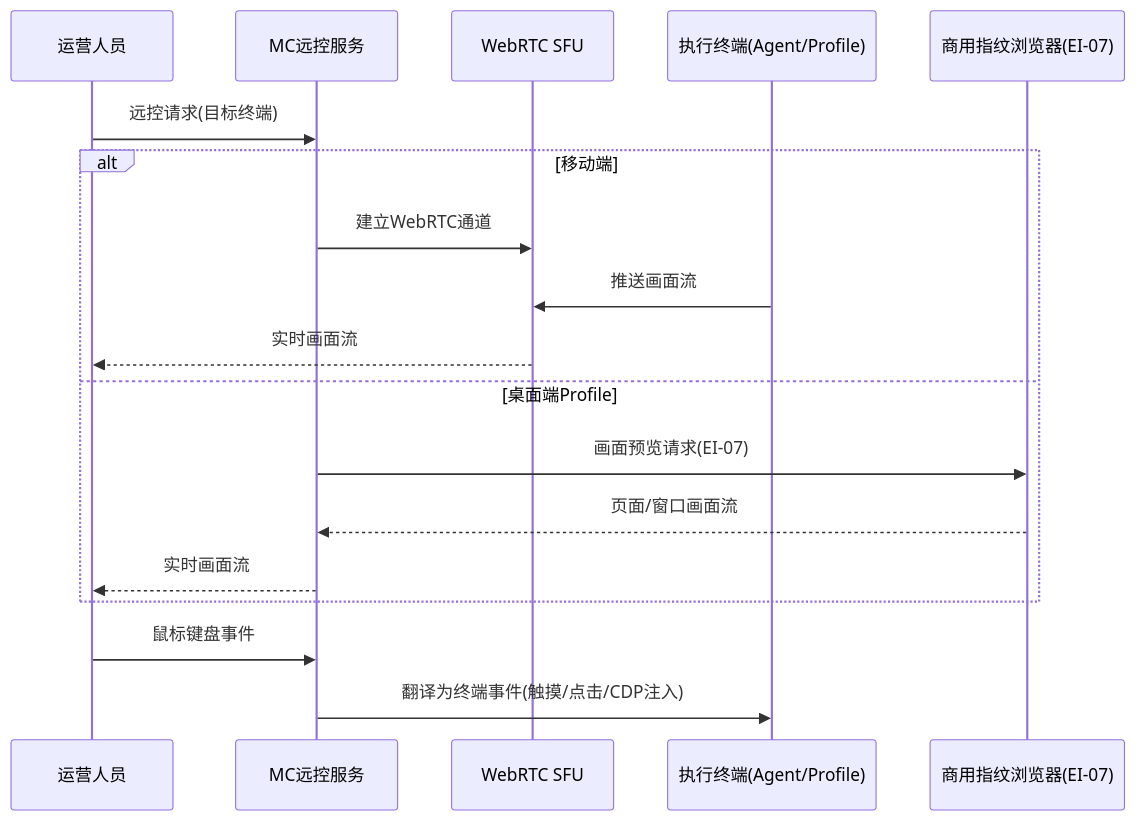
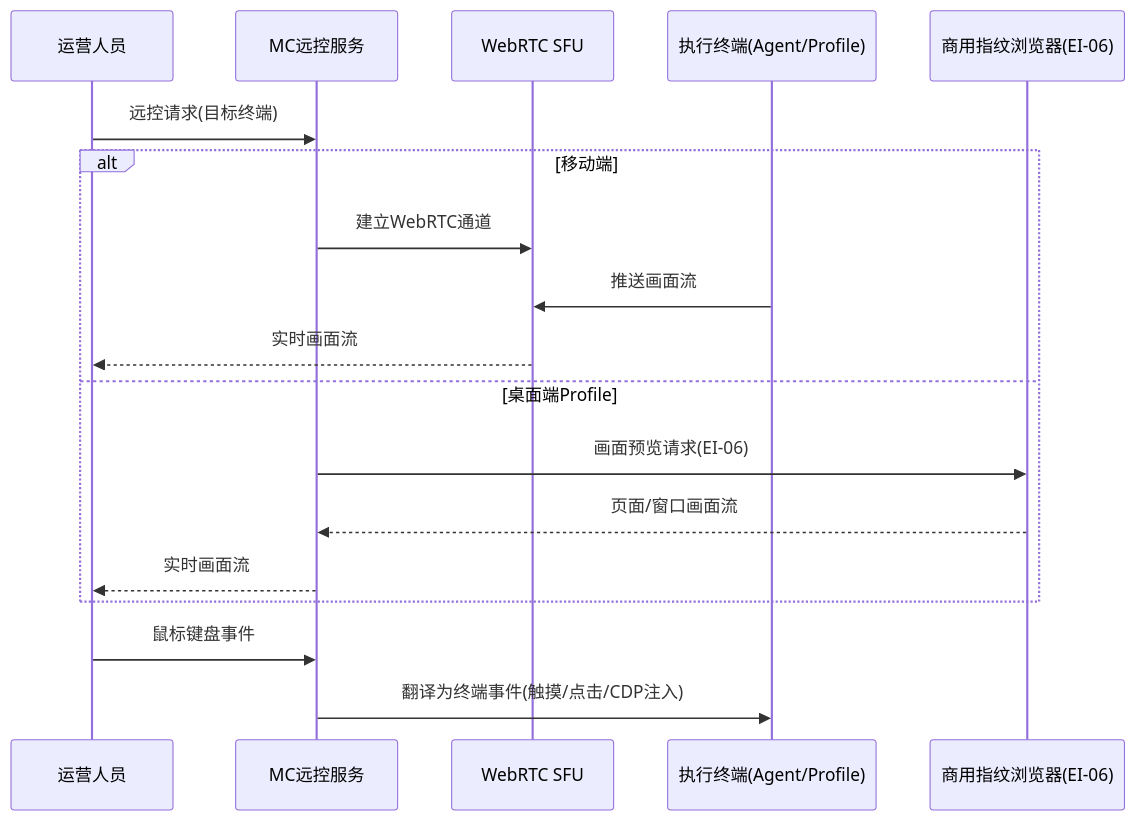
Diagram 12 of 15 in 公司项目/认知作战/文档/软件需求规格说明.md (Sj-g/obsidian), drawn with Mermaid before and after one commit. The commit also changed other lines of this file, not shown here.

````diff
--- a/公司项目/认知作战/文档/软件需求规格说明.md
+++ b/公司项目/认知作战/文档/软件需求规格说明.md
@@ -1182,20 +1182,20 @@
 ```mermaid
 sequenceDiagram
   participant 运营 as 运营人员
   participant MC as MC远控服务
   participant SFU as WebRTC SFU
   participant 终端 as 执行终端(Agent/Profile)
-  participant 商用 as 商用指纹浏览器(EI-07)
+  participant 商用 as 商用指纹浏览器(EI-06)
   运营->>MC: 远控请求(目标终端)
   alt 移动端
     MC->>SFU: 建立WebRTC通道
     终端->>SFU: 推送画面流
     SFU-->>运营: 实时画面流
   else 桌面端Profile
-    MC->>商用: 画面预览请求(EI-07)
+    MC->>商用: 画面预览请求(EI-06)
     商用-->>MC: 页面/窗口画面流
     MC-->>运营: 实时画面流
   end
   运营->>MC: 鼠标键盘事件
   MC->>终端: 翻译为终端事件(触摸/点击/CDP注入)
 ```
````
